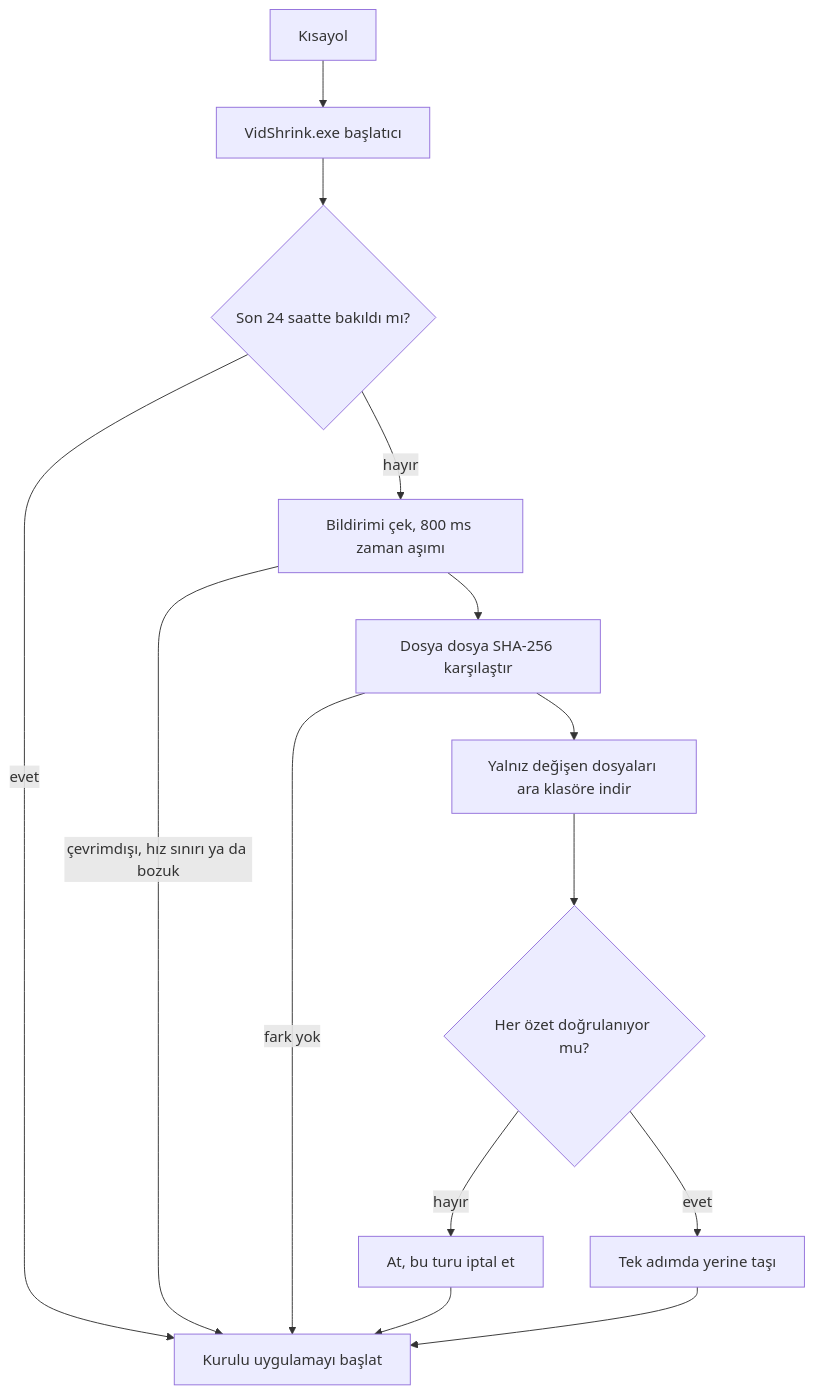
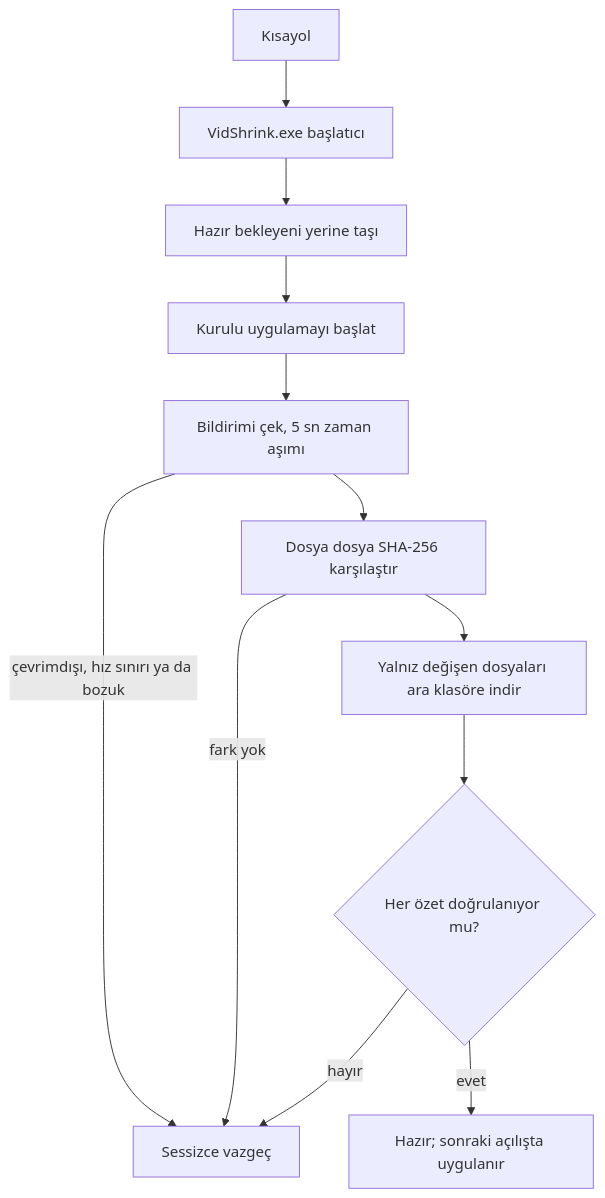
Before and after one commit to Teknesyum/VidShrink: the third of 4 diagrams in README.tr.md, drawn with Mermaid. The commit also changed other lines of this file and 13 other files, not shown here.

````diff
--- a/README.tr.md
+++ b/README.tr.md
@@ -383,16 +388,14 @@
 ```mermaid
 flowchart TD
     S["Kısayol"] --> LA["VidShrink.exe başlatıcı"]
-    LA --> Q{"Son 24 saatte bakıldı mı?"}
-    Q -->|evet| RUN["Kurulu uygulamayı başlat"]
-    Q -->|hayır| MF["Bildirimi çek, 800 ms zaman aşımı"]
-    MF -->|"çevrimdışı, hız sınırı ya da bozuk"| RUN
+    LA --> RES["Hazır bekleyeni yerine taşı"]
+    RES --> RUN["Kurulu uygulamayı başlat"]
+    RUN --> MF["Bildirimi çek, 5 sn zaman aşımı"]
+    MF -->|"çevrimdışı, hız sınırı ya da bozuk"| END["Sessizce vazgeç"]
     MF --> DIFF["Dosya dosya SHA-256 karşılaştır"]
-    DIFF -->|"fark yok"| RUN
+    DIFF -->|"fark yok"| END
     DIFF --> DL["Yalnız değişen dosyaları ara klasöre indir"]
     DL --> VER{"Her özet doğrulanıyor mu?"}
-    VER -->|hayır| DISC["At, bu turu iptal et"]
-    DISC --> RUN
-    VER -->|evet| SWAP["Tek adımda yerine taşı"]
-    SWAP --> RUN
+    VER -->|hayır| END
+    VER -->|evet| NEXT["Hazır; sonraki açılışta uygulanır"]
 ```
````
